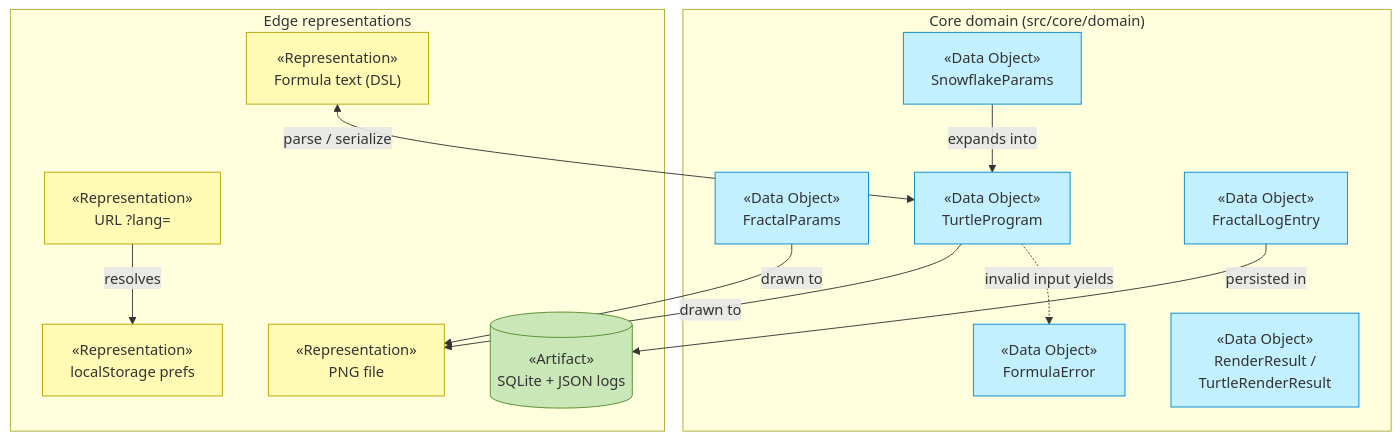
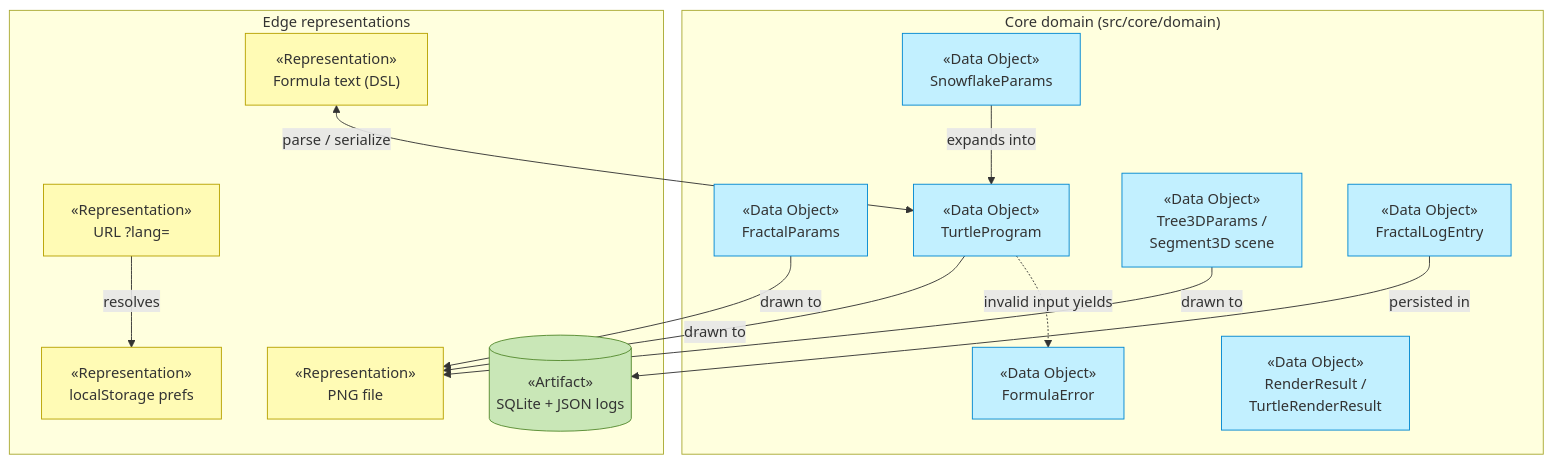
Before and after one commit to roanboc/fractal-tree-generator: the diagram in docs/ea/3_information/README.md, drawn with Mermaid. The commit also changed 42 other files, not shown here.

````diff
--- a/docs/ea/3_information/README.md
+++ b/docs/ea/3_information/README.md
@@ -23,31 +23,33 @@
 ```mermaid
 flowchart TB
   subgraph CORE["Core domain (src/core/domain)"]
     fp["«Data Object»<br>FractalParams"]:::application
     tp["«Data Object»<br>TurtleProgram"]:::application
     sp["«Data Object»<br>SnowflakeParams"]:::application
+    t3p["«Data Object»<br>Tree3DParams /<br>Segment3D scene"]:::application
     fe["«Data Object»<br>FormulaError"]:::application
     rr["«Data Object»<br>RenderResult /<br>TurtleRenderResult"]:::application
     log["«Data Object»<br>FractalLogEntry"]:::application
   end
 
   subgraph EDGE["Edge representations"]
     dsl["«Representation»<br>Formula text (DSL)"]:::business
     png["«Representation»<br>PNG file"]:::business
     url["«Representation»<br>URL ?lang="]:::business
     ls["«Representation»<br>localStorage prefs"]:::business
     db[("«Artifact»<br>SQLite + JSON logs")]:::technology
   end
 
   dsl <-->|parse / serialize| tp
   fp -->|drawn to| png
   tp -->|drawn to| png
   sp -->|expands into| tp
+  t3p -->|drawn to| png
   tp -.->|invalid input yields| fe
   log -->|persisted in| db
   url -->|resolves| ls
 
   classDef business fill:#fffbb5,stroke:#b8a200,color:#333
   classDef application fill:#c2f0ff,stroke:#0288d1,color:#333
   classDef technology fill:#c9e7b7,stroke:#558b2f,color:#333
 ```
````
